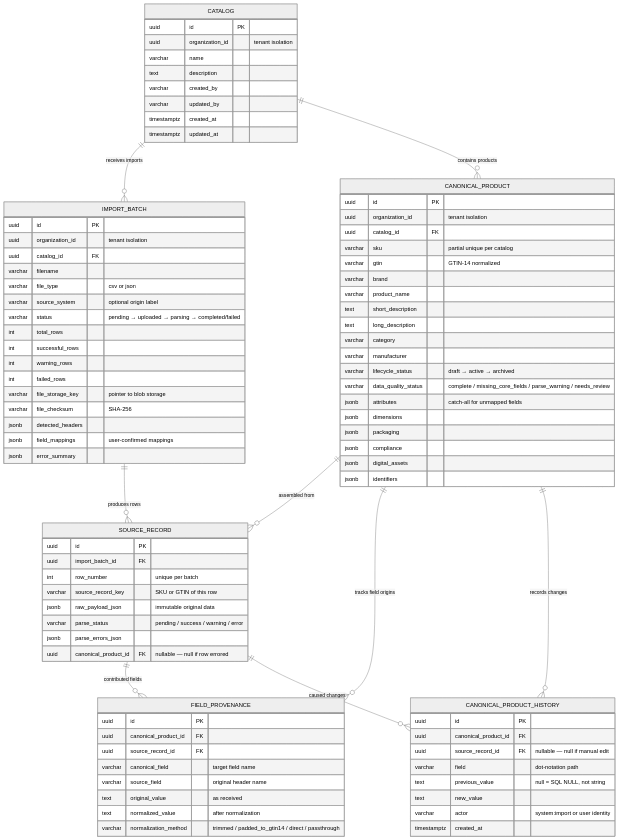
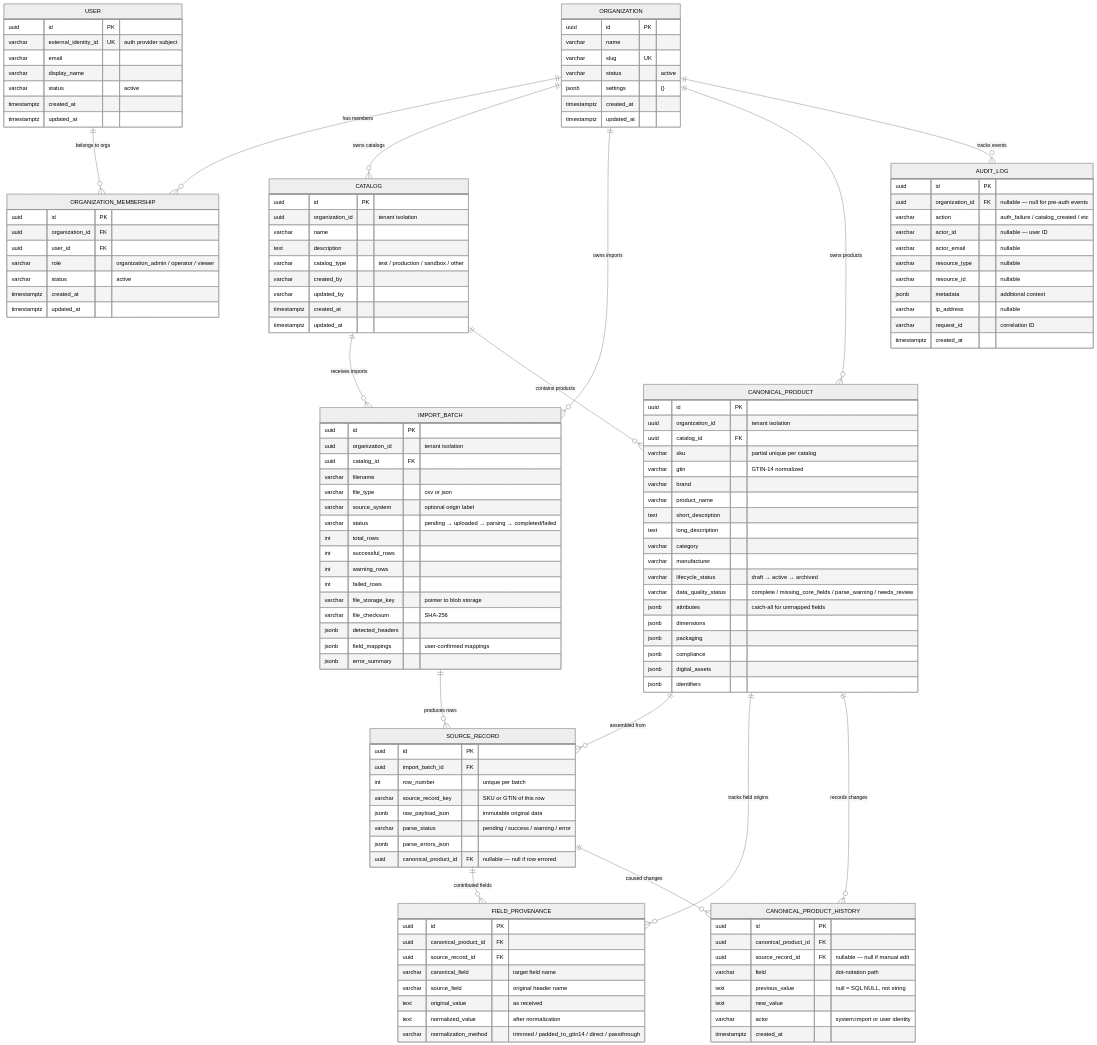
Before and after one commit to sgupta-mirchilabs/data-kitchen: the diagram in docs/architecture/DATA_MODEL.md, drawn with Mermaid (neutral theme). The commit also changed other lines of this file and 36 other files, not shown here.

````diff
--- a/docs/architecture/DATA_MODEL.md
+++ b/docs/architecture/DATA_MODEL.md
@@ -24,5 +24,10 @@
 ```mermaid
 erDiagram
+    ORGANIZATION ||--o{ ORGANIZATION_MEMBERSHIP : "has members"
+    ORGANIZATION ||--o{ CATALOG : "owns catalogs"
+    ORGANIZATION ||--o{ IMPORT_BATCH : "owns imports"
+    ORGANIZATION ||--o{ CANONICAL_PRODUCT : "owns products"
+    USER ||--o{ ORGANIZATION_MEMBERSHIP : "belongs to orgs"
     CATALOG ||--o{ IMPORT_BATCH : "receives imports"
     CATALOG ||--o{ CANONICAL_PRODUCT : "contains products"
     IMPORT_BATCH ||--o{ SOURCE_RECORD : "produces rows"
@@ -32,11 +37,42 @@
     SOURCE_RECORD ||--o{ FIELD_PROVENANCE : "contributed fields"
     SOURCE_RECORD ||--o{ CANONICAL_PRODUCT_HISTORY : "caused changes"
 
+    ORGANIZATION {
+        uuid id PK
+        varchar name
+        varchar slug UK
+        varchar status "active"
+        jsonb settings "{}"
+        timestamptz created_at
+        timestamptz updated_at
+    }
+
+    USER {
+        uuid id PK
+        varchar external_identity_id UK "auth provider subject"
+        varchar email
+        varchar display_name
+        varchar status "active"
+        timestamptz created_at
+        timestamptz updated_at
+    }
+
+    ORGANIZATION_MEMBERSHIP {
+        uuid id PK
+        uuid organization_id FK
+        uuid user_id FK
+        varchar role "organization_admin / operator / viewer"
+        varchar status "active"
+        timestamptz created_at
+        timestamptz updated_at
+    }
+
     CATALOG {
         uuid id PK
         uuid organization_id "tenant isolation"
         varchar name
         text description
+        varchar catalog_type "test / production / sandbox / other"
         varchar created_by
         varchar updated_by
         timestamptz created_at
@@ -116,4 +152,20 @@
         varchar actor "system:import or user identity"
         timestamptz created_at
     }
+
+    ORGANIZATION ||--o{ AUDIT_LOG : "tracks events"
+
+    AUDIT_LOG {
+        uuid id PK
+        uuid organization_id FK "nullable — null for pre-auth events"
+        varchar action "auth_failure / catalog_created / etc"
+        varchar actor_id "nullable — user ID"
+        varchar actor_email "nullable"
+        varchar resource_type "nullable"
+        varchar resource_id "nullable"
+        jsonb metadata "additional context"
+        varchar ip_address "nullable"
+        varchar request_id "correlation ID"
+        timestamptz created_at
+    }
 ```
````
